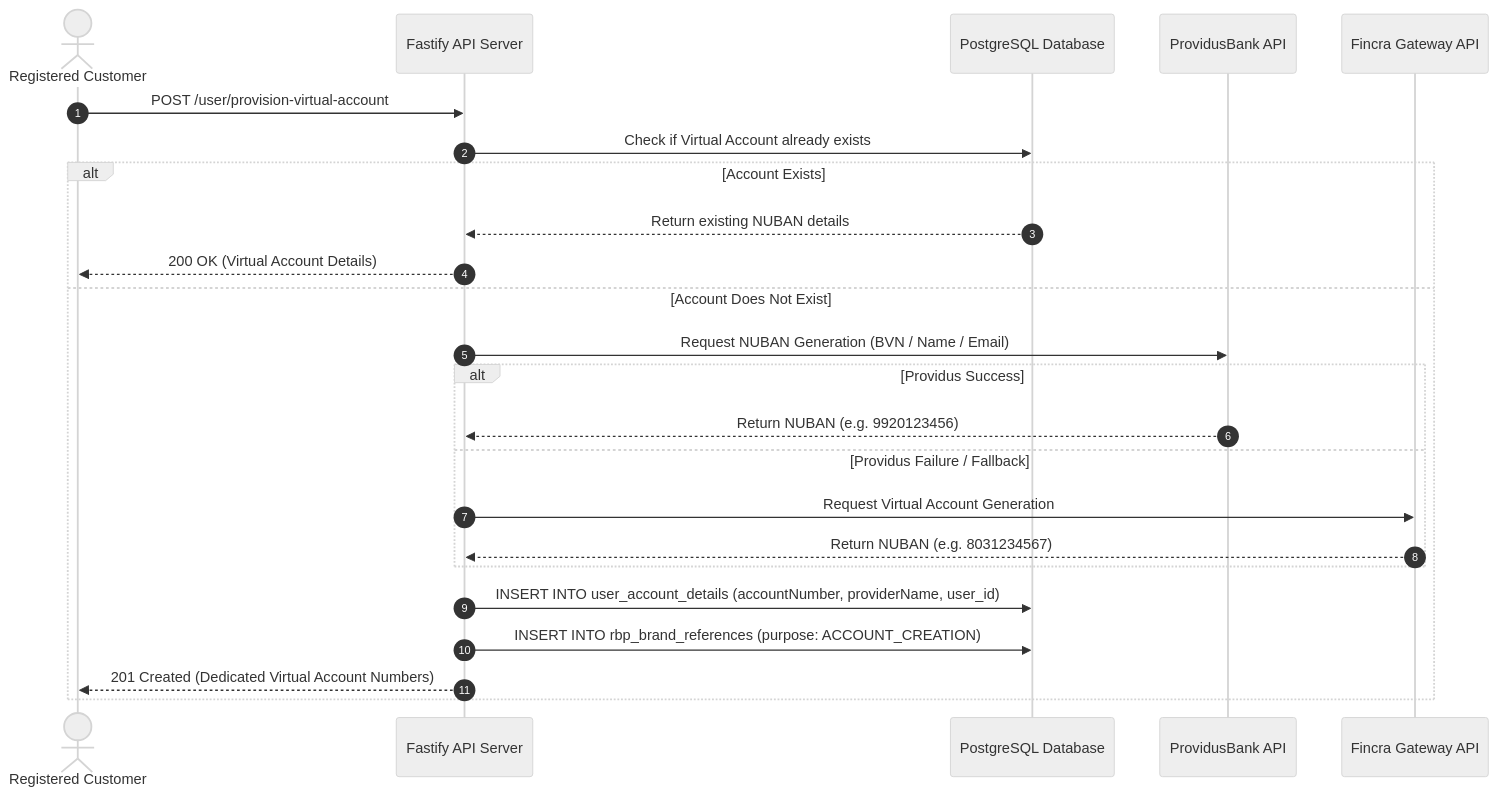
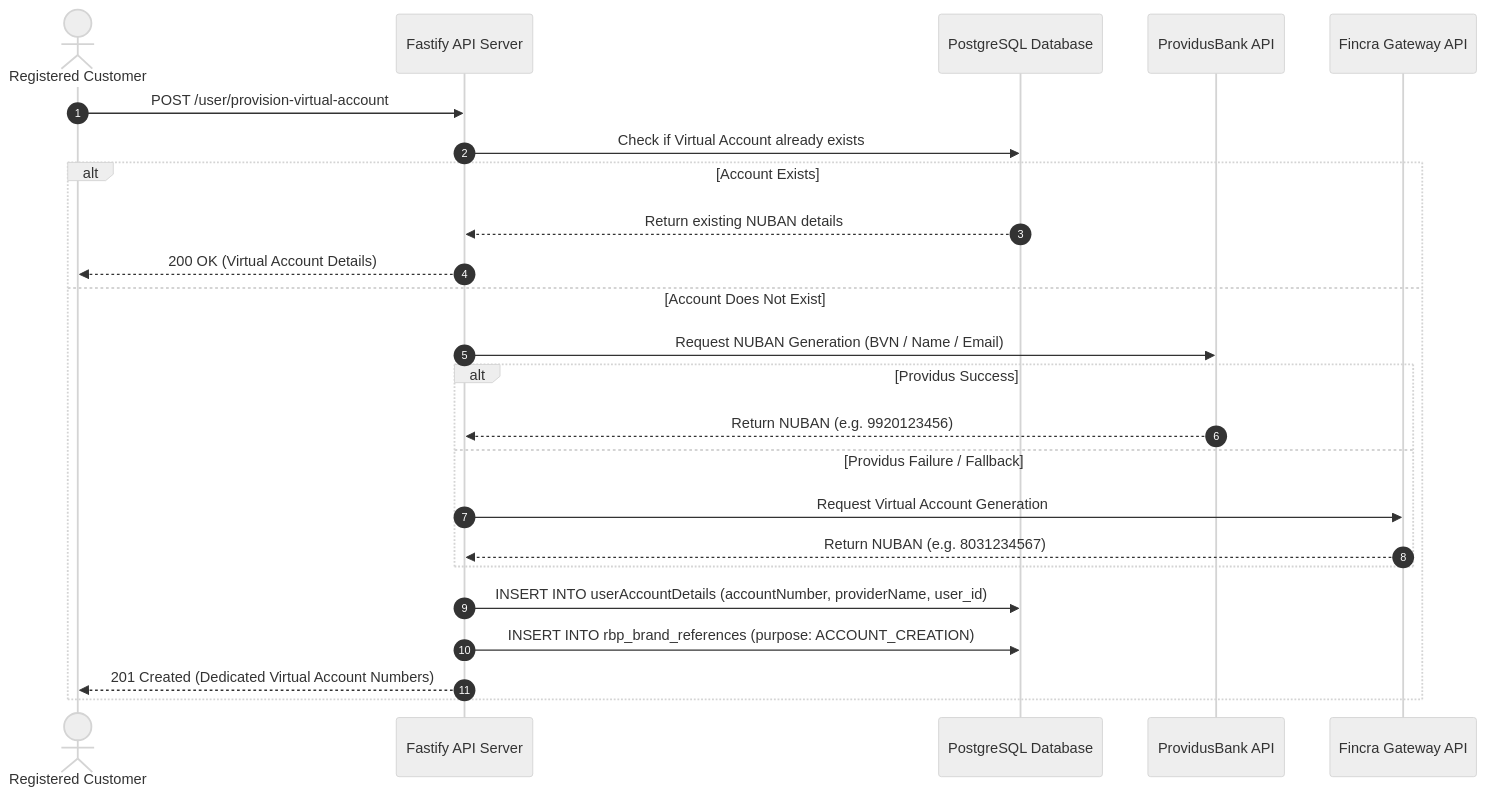
Before and after one commit to blurbeast/river_brand_docs: the diagram in 03-core-banking-and-financial-engine.md, drawn with Mermaid (neutral theme). The commit also changed other lines of this file and 3 other files, not shown here.

````diff
--- a/03-core-banking-and-financial-engine.md
+++ b/03-core-banking-and-financial-engine.md
@@ -77,27 +129,27 @@
 ```mermaid
 sequenceDiagram
     autonumber
     actor User as Registered Customer
     participant API as Fastify API Server
     participant DB as PostgreSQL Database
     participant Providus as ProvidusBank API
     participant Fincra as Fincra Gateway API
 
     User->>API: POST /user/provision-virtual-account
     API->>DB: Check if Virtual Account already exists
     alt Account Exists
         DB-->>API: Return existing NUBAN details
         API-->>User: 200 OK (Virtual Account Details)
     else Account Does Not Exist
         API->>Providus: Request NUBAN Generation (BVN / Name / Email)
         alt Providus Success
             Providus-->>API: Return NUBAN (e.g. 9920123456)
         else Providus Failure / Fallback
             API->>Fincra: Request Virtual Account Generation
             Fincra-->>API: Return NUBAN (e.g. 8031234567)
         end
-        API->>DB: INSERT INTO user_account_details (accountNumber, providerName, user_id)
+        API->>DB: INSERT INTO userAccountDetails (accountNumber, providerName, user_id)
         API->>DB: INSERT INTO rbp_brand_references (purpose: ACCOUNT_CREATION)
         API-->>User: 201 Created (Dedicated Virtual Account Numbers)
     end
 ```
````
